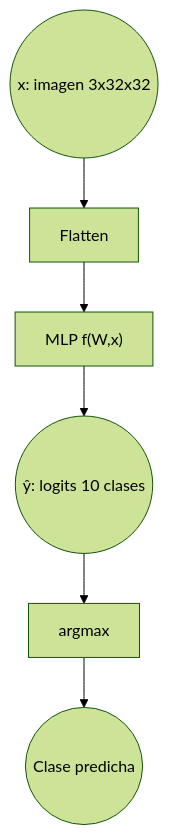
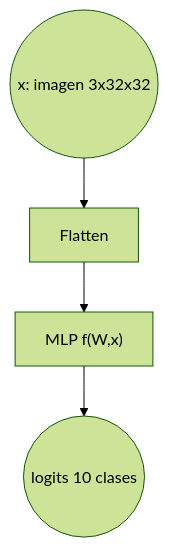
The first of 2 diagrams in src/exercise_05/readme_exercise.md (master-incar-ia/practicas-ia-2526-fernando-joseba), drawn with Mermaid (forest theme) before and after one commit. The commit also changed other lines of this file and 2 other files, not shown here.

````diff
--- a/src/exercise_05/readme_exercise.md
+++ b/src/exercise_05/readme_exercise.md
@@ -41,8 +44,11 @@
 ```mermaid
 graph TD
-    A((x: imagen 3x32x32)) --> B["Flatten"]
-    B --> C["MLP f(W,x)"]
-    C --> D((ŷ: logits 10 clases))
-    D --> E["argmax"]
-    E --> F((Clase predicha))
+    A((x: imagen 3x32x32))
+    B["Flatten"]
+    C["MLP f(W,x)"]
+    D((logits 10 clases))
+
+    A --> B
+    B --> C
+    C --> D
 ```
````
